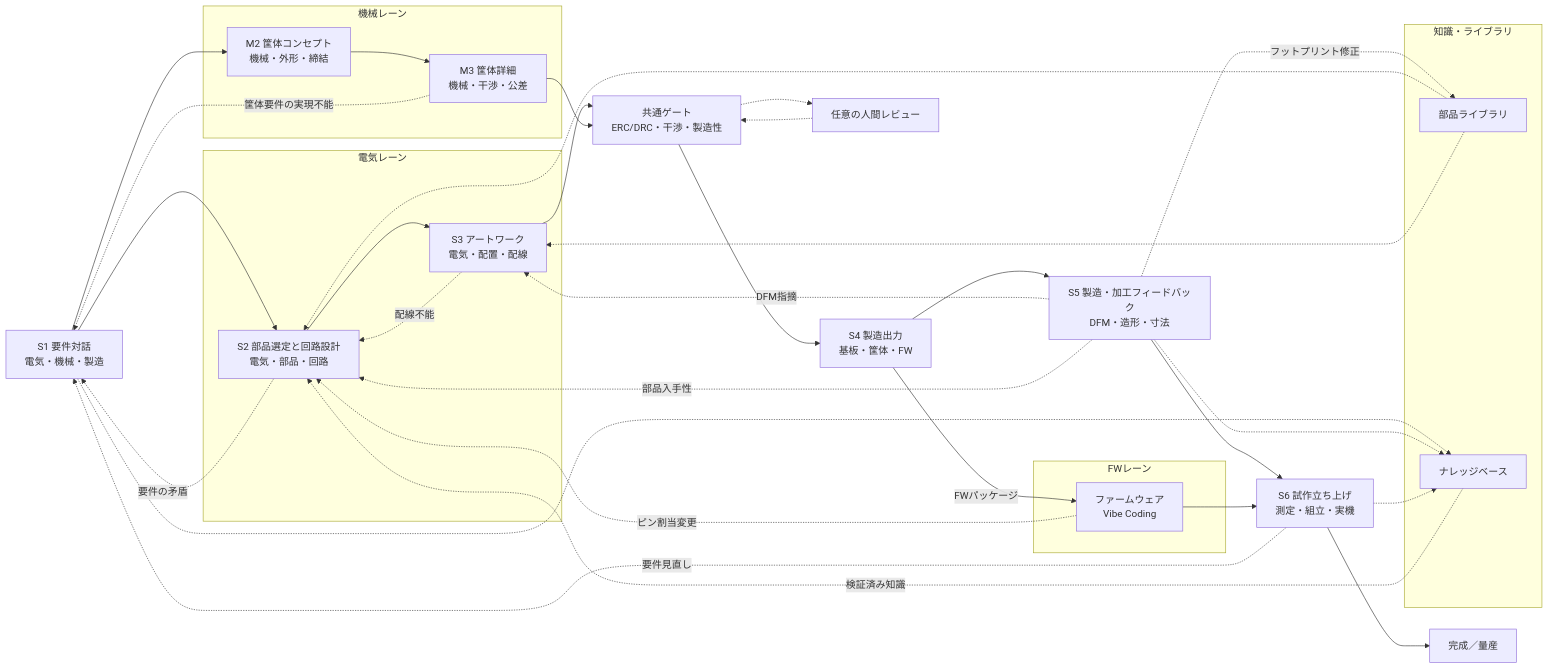
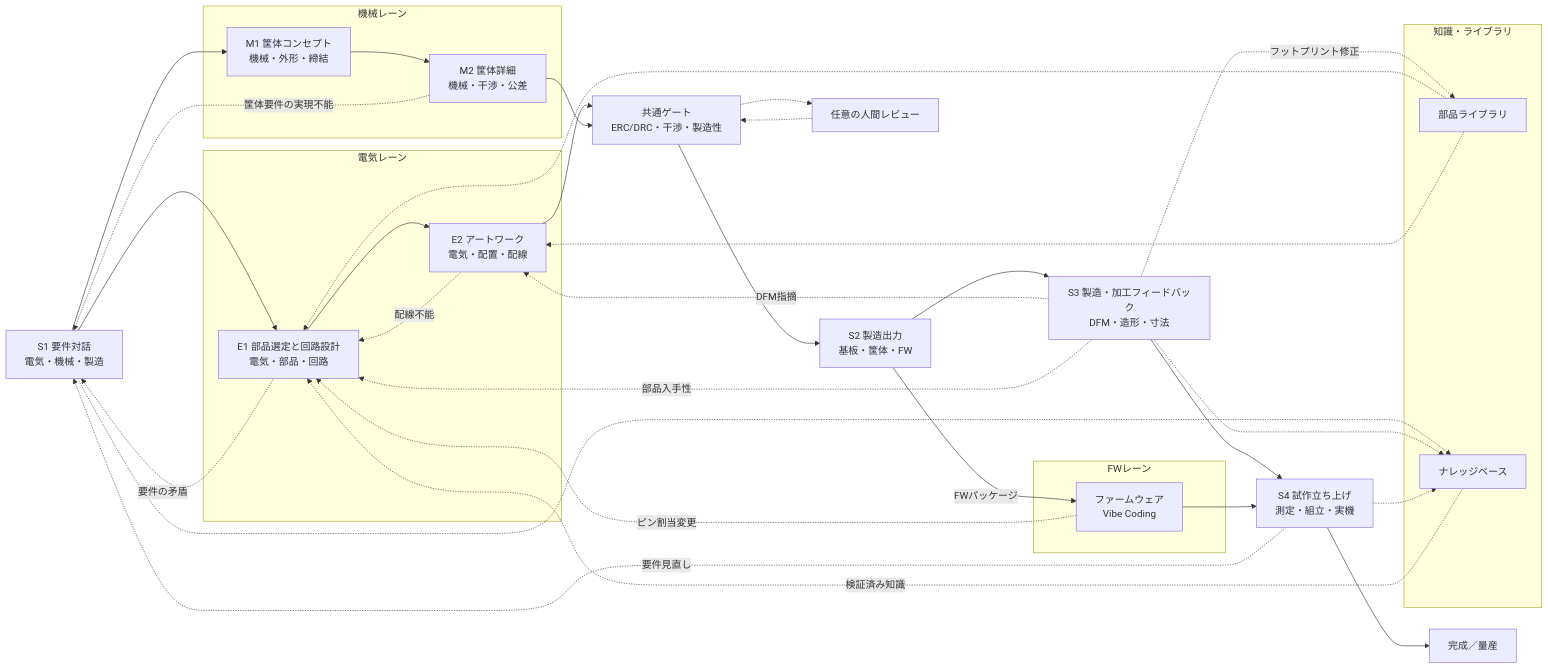
Before and after one commit to uist1idrju3i/acd-agent: the diagram in README.md, drawn with Mermaid. The commit also changed other lines of this file and 11 other files, not shown here.

````diff
--- a/README.md
+++ b/README.md
@@ -150,47 +157,47 @@
 ```mermaid
 flowchart LR
     S1["S1 要件対話<br/>電気・機械・製造"]
     subgraph ELEC["電気レーン"]
-        E2["S2 部品選定と回路設計<br/>電気・部品・回路"]
-        E3["S3 アートワーク<br/>電気・配置・配線"]
+        E1["E1 部品選定と回路設計<br/>電気・部品・回路"]
+        E2["E2 アートワーク<br/>電気・配置・配線"]
     end
     subgraph MECH["機械レーン"]
-        M2["M2 筐体コンセプト<br/>機械・外形・締結"]
-        M3["M3 筐体詳細<br/>機械・干渉・公差"]
+        M1["M1 筐体コンセプト<br/>機械・外形・締結"]
+        M2["M2 筐体詳細<br/>機械・干渉・公差"]
     end
     subgraph FWLANE["FWレーン"]
         FW["ファームウェア<br/>Vibe Coding"]
     end
     subgraph KNOW["知識・ライブラリ"]
         LIB["部品ライブラリ"]
         KB["ナレッジベース"]
     end
-    S1 --> E2
-    S1 --> M2
-    E2 --> E3
-    M2 --> M3
-    E3 --> G["共通ゲート<br/>ERC/DRC・干渉・製造性"]
-    M3 --> G
-    G --> S4["S4 製造出力<br/>基板・筐体・FW"]
-    S4 --> S5["S5 製造・加工フィードバック<br/>DFM・造形・寸法"]
-    S5 --> S6["S6 試作立ち上げ<br/>測定・組立・実機"]
-    S6 --> DONE["完成／量産"]
-    S4 -->|FWパッケージ| FW
-    FW --> S6
+    S1 --> E1
+    S1 --> M1
+    E1 --> E2
+    M1 --> M2
+    E2 --> G["共通ゲート<br/>ERC/DRC・干渉・製造性"]
+    M2 --> G
+    G --> S2["S2 製造出力<br/>基板・筐体・FW"]
+    S2 --> S3["S3 製造・加工フィードバック<br/>DFM・造形・寸法"]
+    S3 --> S4["S4 試作立ち上げ<br/>測定・組立・実機"]
+    S4 --> DONE["完成／量産"]
+    S2 -->|FWパッケージ| FW
+    FW --> S4
+    LIB -.-> E1
     LIB -.-> E2
-    LIB -.-> E3
     G -.-> HR["任意の人間レビュー"]
     HR -.-> G
-    E2 -.->|要件の矛盾| S1
-    E3 -.->|配線不能| E2
-    M3 -.->|筐体要件の実現不能| S1
-    S5 -.->|DFM指摘| E3
-    S5 -.->|部品入手性| E2
-    S5 -.->|フットプリント修正| LIB
-    FW -.->|ピン割当変更| E2
-    S6 -.->|要件見直し| S1
+    E1 -.->|要件の矛盾| S1
+    E2 -.->|配線不能| E1
+    M2 -.->|筐体要件の実現不能| S1
+    S3 -.->|DFM指摘| E2
+    S3 -.->|部品入手性| E1
+    S3 -.->|フットプリント修正| LIB
+    FW -.->|ピン割当変更| E1
+    S4 -.->|要件見直し| S1
     S1 -.-> KB
-    S5 -.-> KB
-    S6 -.-> KB
-    KB -.->|検証済み知識| E2
+    S3 -.-> KB
+    S4 -.-> KB
+    KB -.->|検証済み知識| E1
 ```
````
